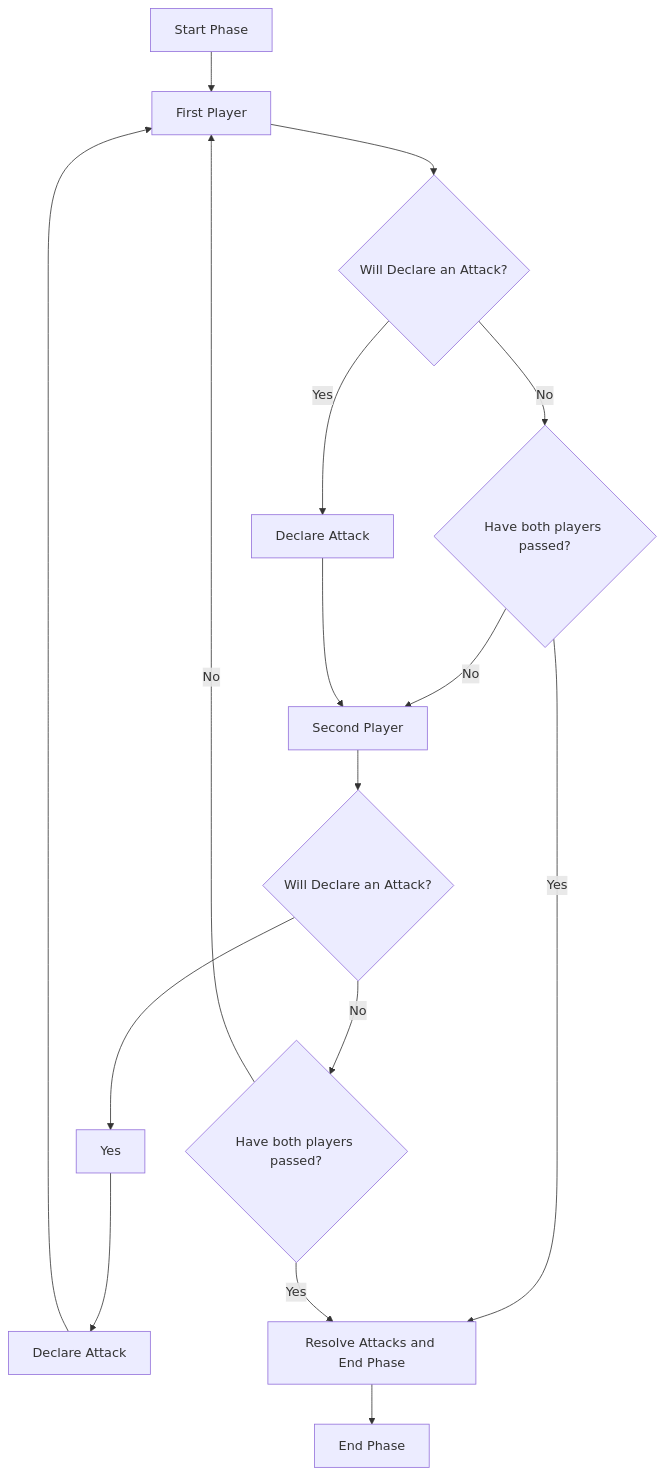
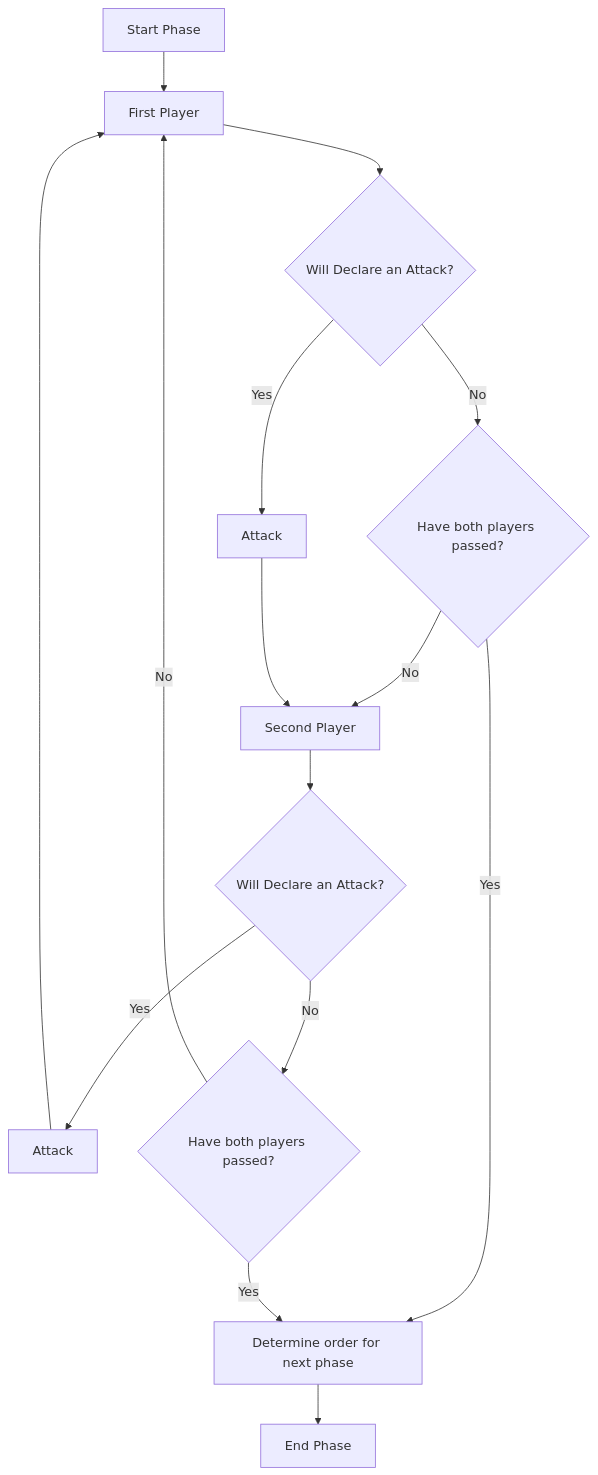
The fifth of 5 diagrams in Rules.md (Billaferd/QuantumNexus), drawn with Mermaid before and after one commit. The commit also changed other lines of this file, not shown here.

````diff
--- a/Rules.md
+++ b/Rules.md
@@ -329,17 +335,17 @@
 ```mermaid
 graph TD;
   Start[Start Phase] --> FirstPlayer[First Player];
   FirstPlayer --> WillAttack1{Will Declare an Attack?};
-  WillAttack1 -- Yes --> DeclareAttack1[Declare Attack];
+  WillAttack1 -- Yes --> DeclareAttack1[Attack];
   WillAttack1 -- No --> BothPass1{Have both players passed?};
   BothPass1 -- No --> SecondPlayer[Second Player];
   DeclareAttack1 --> SecondPlayer;
   SecondPlayer --> WillAttack2{Will Declare an Attack?};
-  WillAttack2 --> Yes --> DeclareAttack2[Declare Attack];
+  WillAttack2 -- Yes --> DeclareAttack2[Attack];
   WillAttack2 -- No --> BothPass2{Have both players passed?};
   DeclareAttack2 --> FirstPlayer;
   BothPass2 -- No --> FirstPlayer;
-  BothPass1 -- Yes --> ResolveAttacks[Resolve Attacks and End Phase];
-  BothPass2 -- Yes --> ResolveAttacks
-  ResolveAttacks --> End[End Phase];
+  BothPass1 -- Yes --> DetermineOrder[Determine order for next phase];
+  BothPass2 -- Yes --> DetermineOrder
+  DetermineOrder --> End[End Phase];
 ```
````
